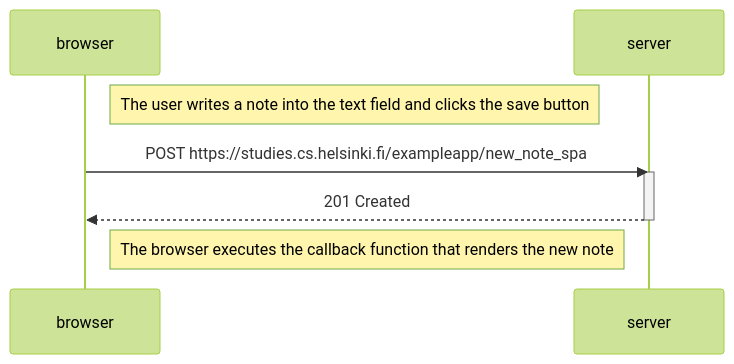
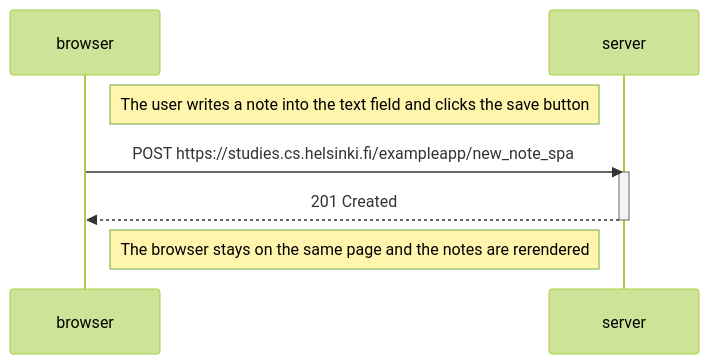
The diagram in part0/spaNewNoteDiagram.md (victorlaitila/fullstack-open), drawn with Mermaid (forest theme) before and after one commit.

Commit message:
Small fix

````diff
--- a/part0/spaNewNoteDiagram.md
+++ b/part0/spaNewNoteDiagram.md
@@ -1,14 +1,14 @@
 ```mermaid
 sequenceDiagram
     participant browser
     participant server
 
     Note right of browser: The user writes a note into the text field and clicks the save button
 
     browser->>server: POST https://studies.cs.helsinki.fi/exampleapp/new_note_spa
     activate server
     server-->>browser: 201 Created
     deactivate server
 
-    Note right of browser: The browser executes the callback function that renders the new note
+    Note right of browser: The browser stays on the same page and the notes are rerendered
 ```
````
